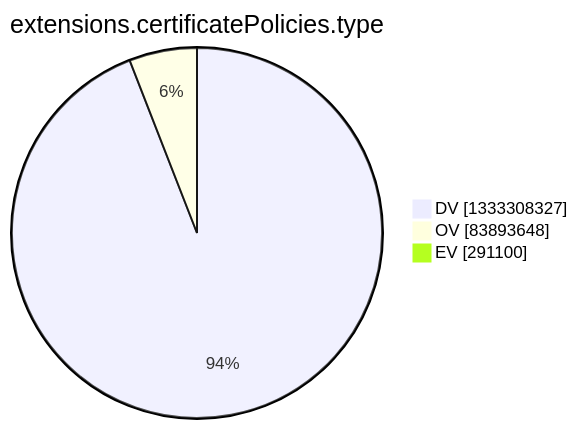
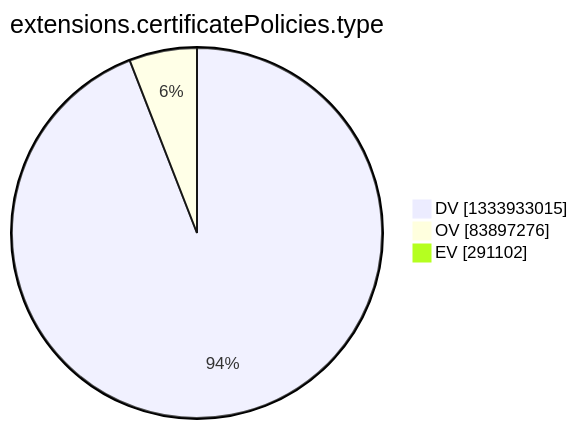
The tenth of 15 diagrams in argon2022/README.md (christiankrug/ctmonitor_visualization), drawn with Mermaid before and after one commit. The commit also changed other lines of this file, not shown here.

````diff
--- a/argon2022/README.md
+++ b/argon2022/README.md
@@ -2773,7 +2773,7 @@
 ```mermaid
 pie showData
 title extensions.certificatePolicies.type
-"DV" :1333308327
-"OV" :83893648
-"EV" :291100
+"DV" :1333933015
+"OV" :83897276
+"EV" :291102
 ```
````
